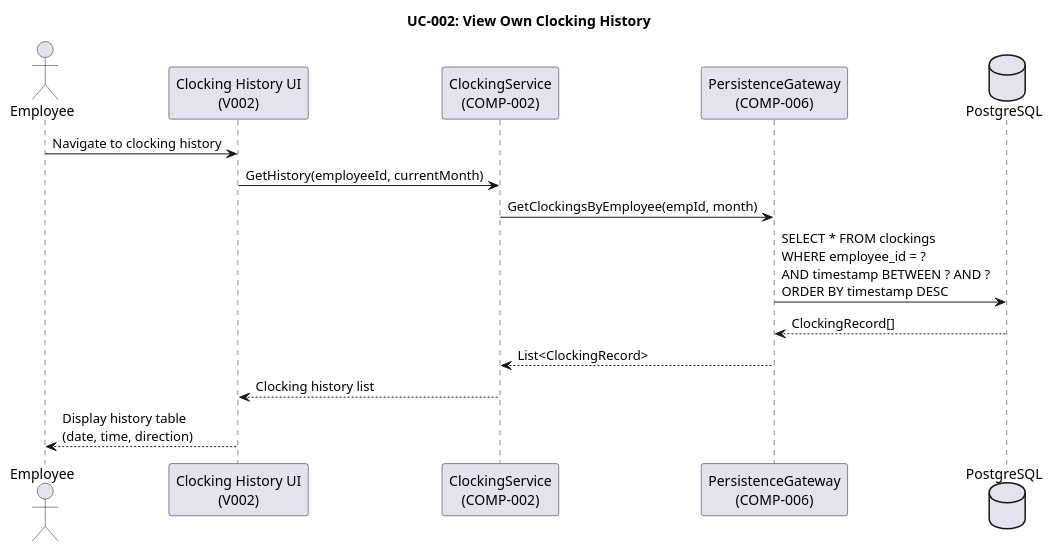
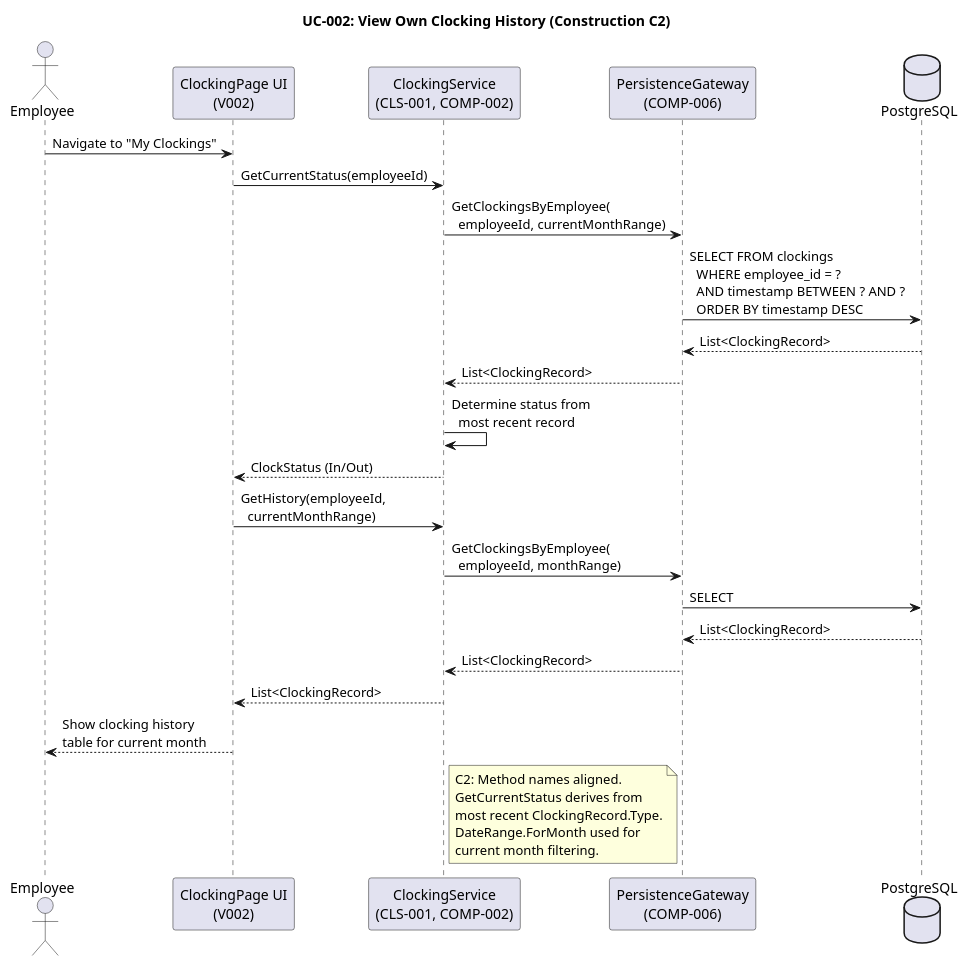
The third of 33 diagrams in docs/artifacts/analysis---design/design-model.md (banense-test/portal-cuba-corp), drawn with PlantUML before and after one commit. The commit also changed other lines of this file, not shown here.

````diff
--- a/docs/artifacts/analysis---design/design-model.md
+++ b/docs/artifacts/analysis---design/design-model.md
@@ -342,21 +364,37 @@
 ```plantuml
 @startuml
-title UC-002: View Own Clocking History
+title UC-002: View Own Clocking History (Construction C2)
 
 actor Employee as EMP
-participant "Clocking History UI\n(V002)" as UI
-participant "ClockingService\n(COMP-002)" as SVC
+participant "ClockingPage UI\n(V002)" as UI
+participant "ClockingService\n(CLS-001, COMP-002)" as SVC
 participant "PersistenceGateway\n(COMP-006)" as DB
 database "PostgreSQL" as PG
 
-EMP -> UI : Navigate to clocking history
-UI -> SVC : GetHistory(employeeId, currentMonth)
-SVC -> DB : GetClockingsByEmployee(empId, month)
-DB -> PG : SELECT * FROM clockings\nWHERE employee_id = ?\nAND timestamp BETWEEN ? AND ?\nORDER BY timestamp DESC
-PG --> DB : ClockingRecord[]
+EMP -> UI : Navigate to "My Clockings"
+UI -> SVC : GetCurrentStatus(employeeId)
+SVC -> DB : GetClockingsByEmployee(\n  employeeId, currentMonthRange)
+DB -> PG : SELECT FROM clockings\n  WHERE employee_id = ?\n  AND timestamp BETWEEN ? AND ?\n  ORDER BY timestamp DESC
+PG --> DB : List<ClockingRecord>
 DB --> SVC : List<ClockingRecord>
-SVC --> UI : Clocking history list
-UI --> EMP : Display history table\n(date, time, direction)
+SVC -> SVC : Determine status from\n  most recent record
+SVC --> UI : ClockStatus (In/Out)
+
+UI -> SVC : GetHistory(employeeId,\n  currentMonthRange)
+SVC -> DB : GetClockingsByEmployee(\n  employeeId, monthRange)
+DB -> PG : SELECT
+PG --> DB : List<ClockingRecord>
+DB --> SVC : List<ClockingRecord>
+SVC --> UI : List<ClockingRecord>
+UI --> EMP : Show clocking history\ntable for current month
+
+note right of SVC
+  C2: Method names aligned.
+  GetCurrentStatus derives from
+  most recent ClockingRecord.Type.
+  DateRange.ForMonth used for
+  current month filtering.
+end note
 
 @enduml
 ```
````
